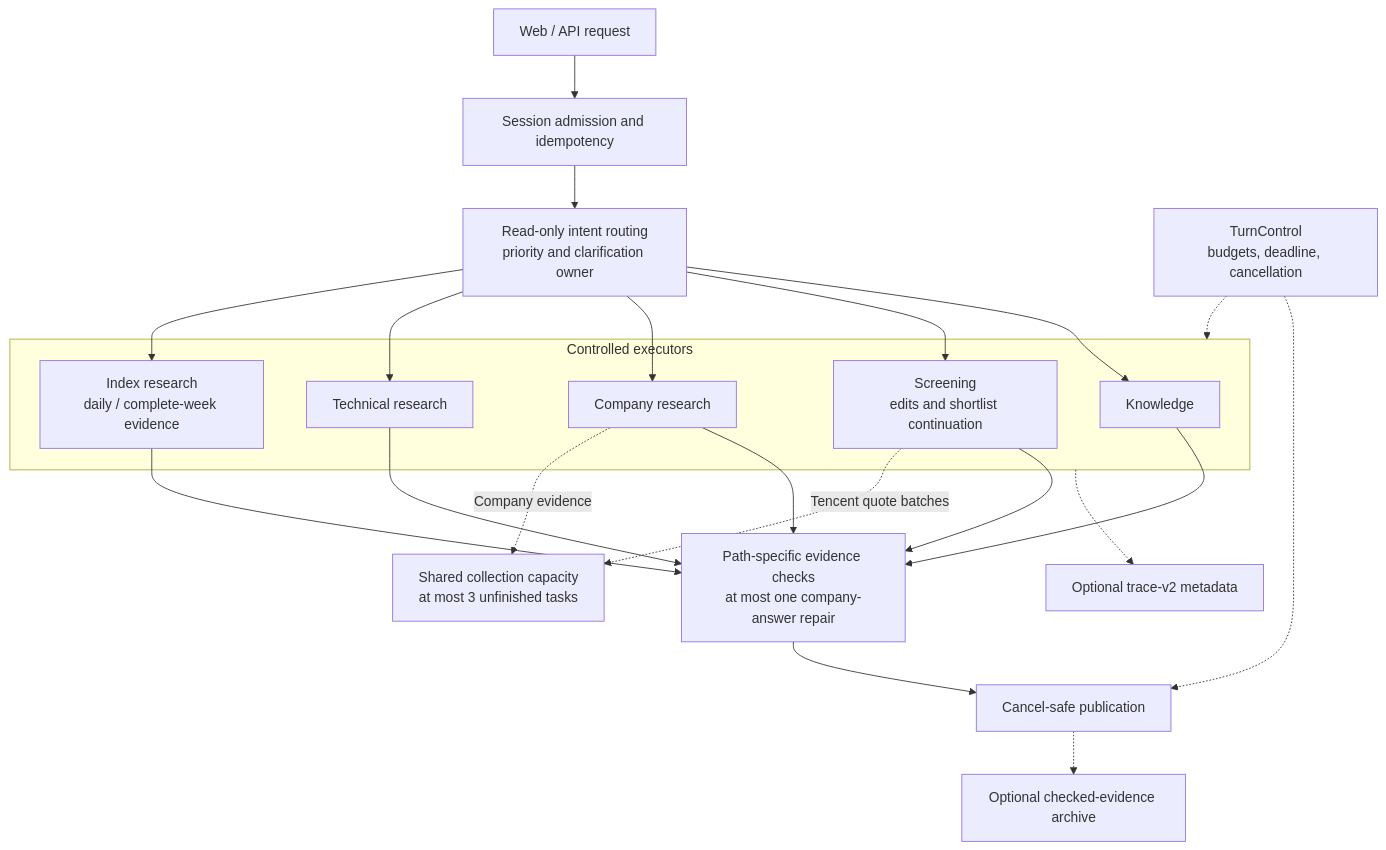
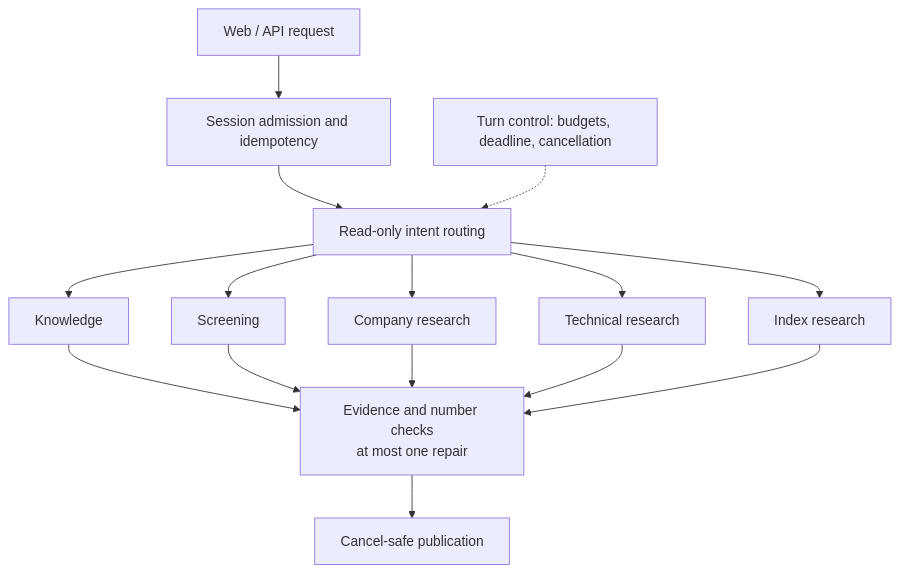
The diagram in README.md (HK0281/Trading-Companion), drawn with Mermaid before and after one commit. The commit also changed other lines of this file, not shown here.

````diff
--- a/README.md
+++ b/README.md
@@ -25,29 +31,13 @@
 ```mermaid
 flowchart TD
     U["Web / API request"] --> A["Session admission and idempotency"]
-    A --> R["Read-only intent routing<br/>priority and clarification owner"]
-    subgraph X["Controlled executors"]
-        K["Knowledge"]
-        S["Screening<br/>edits and shortlist continuation"]
-        C["Company research"]
-        T["Technical research"]
-        I["Index research<br/>daily / complete-week evidence"]
-    end
-    R --> K
-    R --> S
-    R --> C
-    R --> T
-    R --> I
-    K --> V["Path-specific evidence checks<br/>at most one company-answer repair"]
-    S --> V
-    C --> V
-    T --> V
-    I --> V
+    A --> R["Read-only intent routing"]
+    R --> K["Knowledge"]
+    R --> S["Screening"]
+    R --> C["Company research"]
+    R --> T["Technical research"]
+    R --> I["Index research"]
+    K & S & C & T & I --> V["Evidence and number checks<br/>at most one repair"]
     V --> P["Cancel-safe publication"]
-    B["TurnControl<br/>budgets, deadline, cancellation"] -.-> X
-    B -.-> P
-    S -. "Tencent quote batches" .-> Q["Shared collection capacity<br/>at most 3 unfinished tasks"]
-    C -. "Company evidence" .-> Q
-    X -.-> O["Optional trace-v2 metadata"]
-    P -.-> H["Optional checked-evidence archive"]
+    B["Turn control: budgets, deadline, cancellation"] -.-> R
 ```
````
